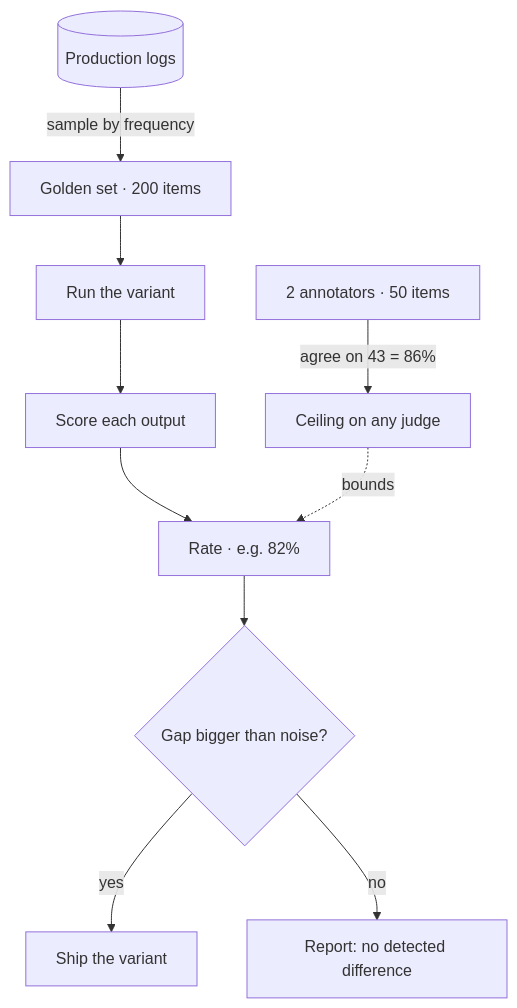
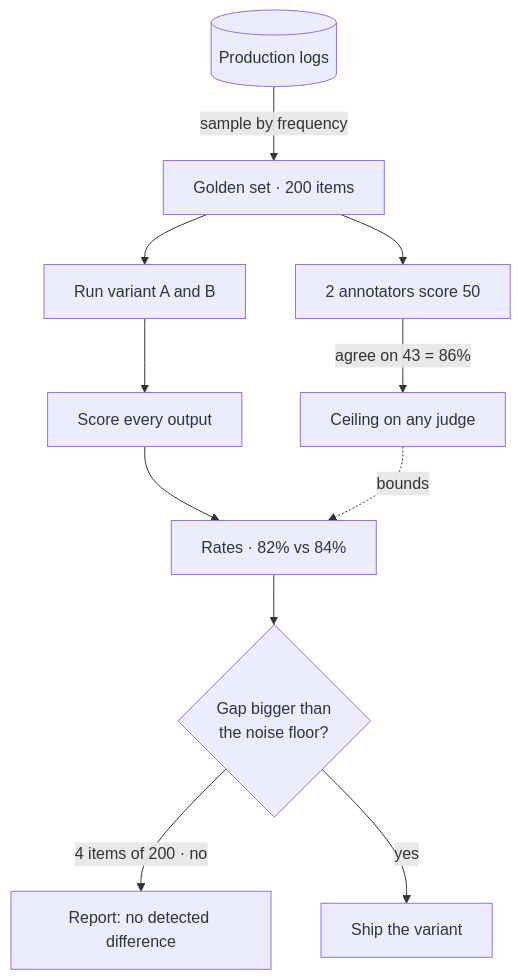
The diagram in content/ai/what-makes-an-eval.md (cizambra/atlas), drawn with Mermaid before and after one commit. The commit also changed other lines of this file, not shown here.

````diff
--- a/content/ai/what-makes-an-eval.md
+++ b/content/ai/what-makes-an-eval.md
@@ -86,12 +127,13 @@
 ```mermaid
 flowchart TD
   L[(Production logs)] -->|sample by frequency| G[Golden set · 200 items]
-  G --> RUN[Run the variant]
-  RUN --> S[Score each output]
-  S --> RATE[Rate · e.g. 82%]
-  A[2 annotators · 50 items] -->|agree on 43 = 86%| CEIL[Ceiling on any judge]
+  G --> A[2 annotators score 50]
+  A -->|agree on 43 = 86%| CEIL[Ceiling on any judge]
+  G --> RUN[Run variant A and B]
+  RUN --> S[Score every output]
+  S --> RATE[Rates · 82% vs 84%]
   CEIL -.->|bounds| RATE
-  RATE --> D{Gap bigger than noise?}
+  RATE --> D{Gap bigger than<br/>the noise floor?}
+  D -->|4 items of 200 · no| ND[Report: no detected difference]
   D -->|yes| SHIP[Ship the variant]
-  D -->|no| ND[Report: no detected difference]
 ```
````
